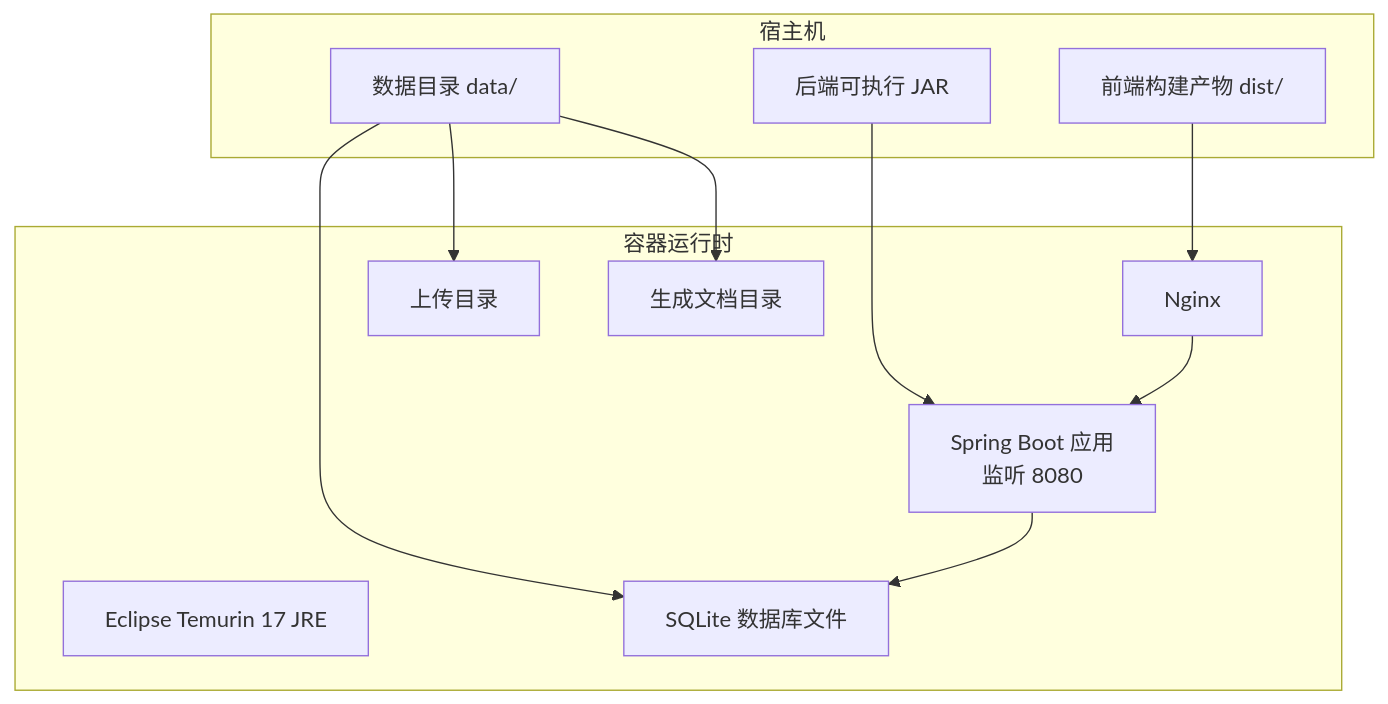
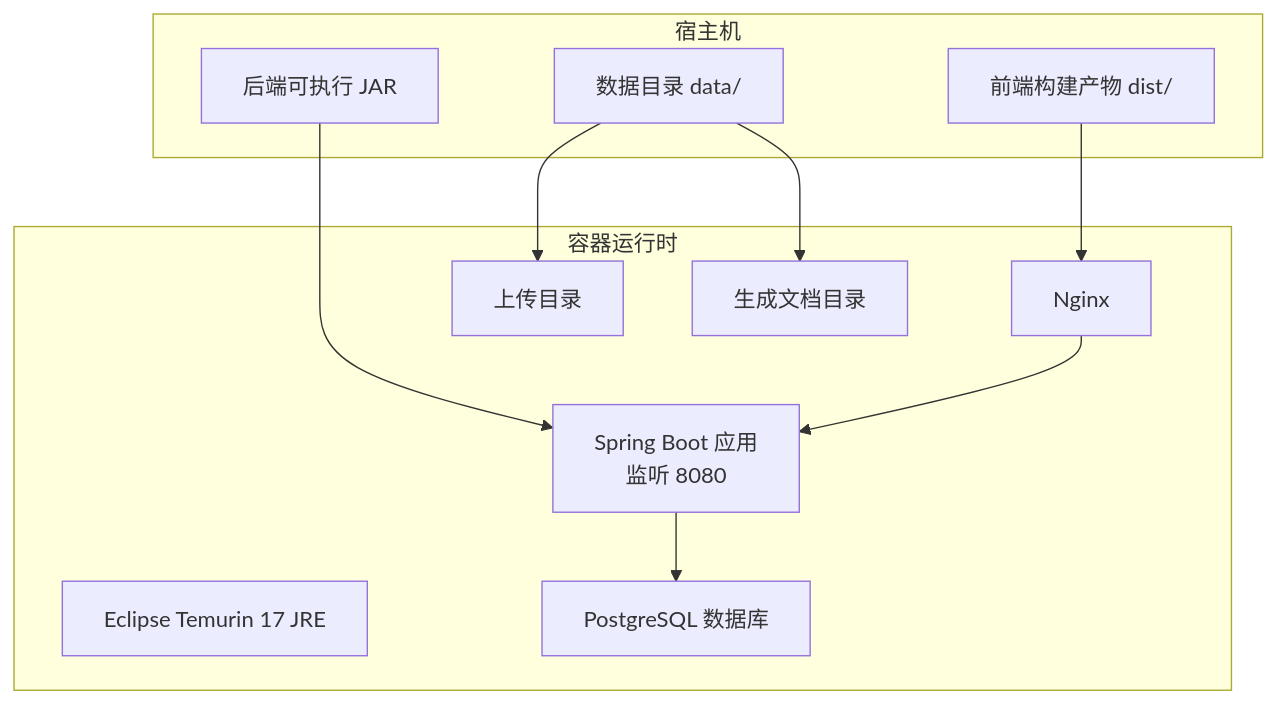
One commit to kinke0/ProductList changed the first of 4 diagrams in .qoder/repowiki/zh/content/部署与运维/Docker容器化部署.md. Above: the diagram before and after it, drawn with Mermaid. The commit also changed other lines of this file and 106 other files, not shown here.

Commit message:
V1.1.0: 修复清单导航树不匹配+统计视图加载遮罩+上下移提示

````diff
--- a/.qoder/repowiki/zh/content/部署与运维/Docker容器化部署.md
+++ b/.qoder/repowiki/zh/content/部署与运维/Docker容器化部署.md
@@ -43,23 +55,22 @@
 ```mermaid
 graph TB
 subgraph "容器运行时"
 JRE["Eclipse Temurin 17 JRE"]
 NGINX["Nginx"]
 APP["Spring Boot 应用<br/>监听 8080"]
-DB["SQLite 数据库文件"]
+POSTGRES["PostgreSQL 数据库"]
 UPLOADS["上传目录"]
 DOCS["生成文档目录"]
 end
 subgraph "宿主机"
 DIST["前端构建产物 dist/"]
 JAR["后端可执行 JAR"]
 DATA["数据目录 data/"]
 end
 DIST --> NGINX
 JAR --> APP
-DATA --> DB
 DATA --> UPLOADS
 DATA --> DOCS
 NGINX --> APP
-APP --> DB
+APP --> POSTGRES
 ```
````
